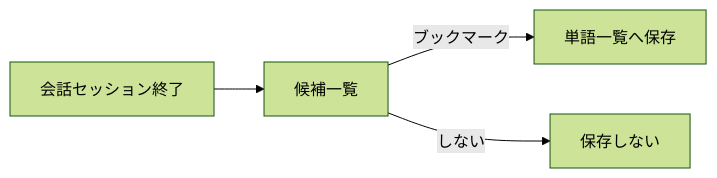
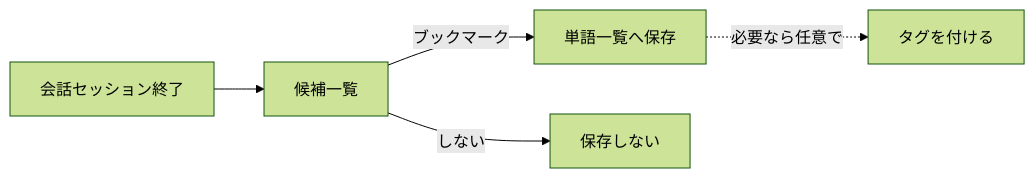
One commit to GoboMan/PeraTalk changed the diagram in PeraTalk/docs/機能/単語帳.md. Above: the diagram before and after it, drawn with Mermaid (forest theme). The commit also changed other lines of this file and 13 other files, not shown here.

````diff
--- a/PeraTalk/docs/機能/単語帳.md
+++ b/PeraTalk/docs/機能/単語帳.md
@@ -38,6 +38,7 @@
 ```mermaid
 flowchart LR
   Conv[会話セッション終了] --> Cand[候補一覧]
   Cand -->|ブックマーク| Voc[単語一覧へ保存]
+  Voc -.必要なら任意で.-> Tag[タグを付ける]
   Cand -->|しない| Drop[保存しない]
 ```
````
